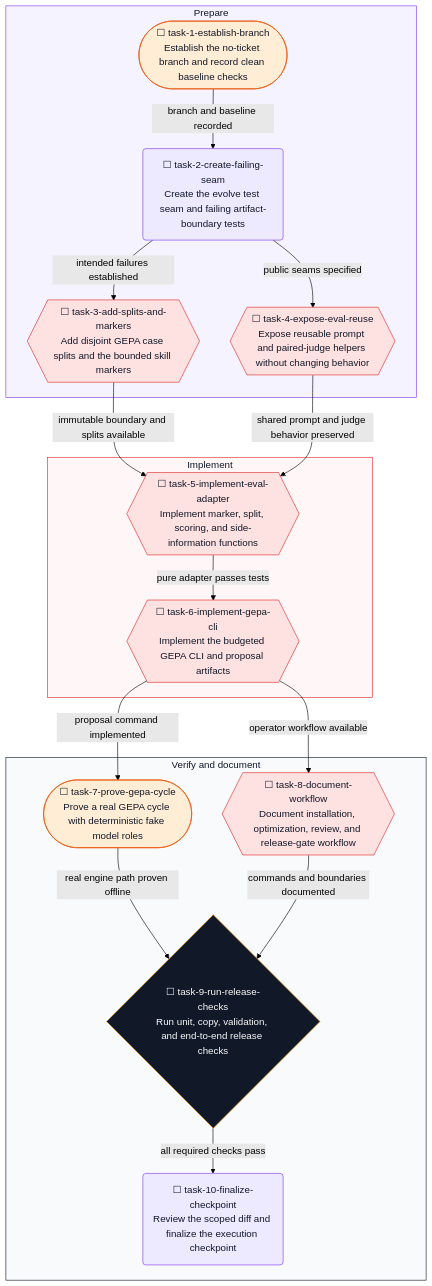
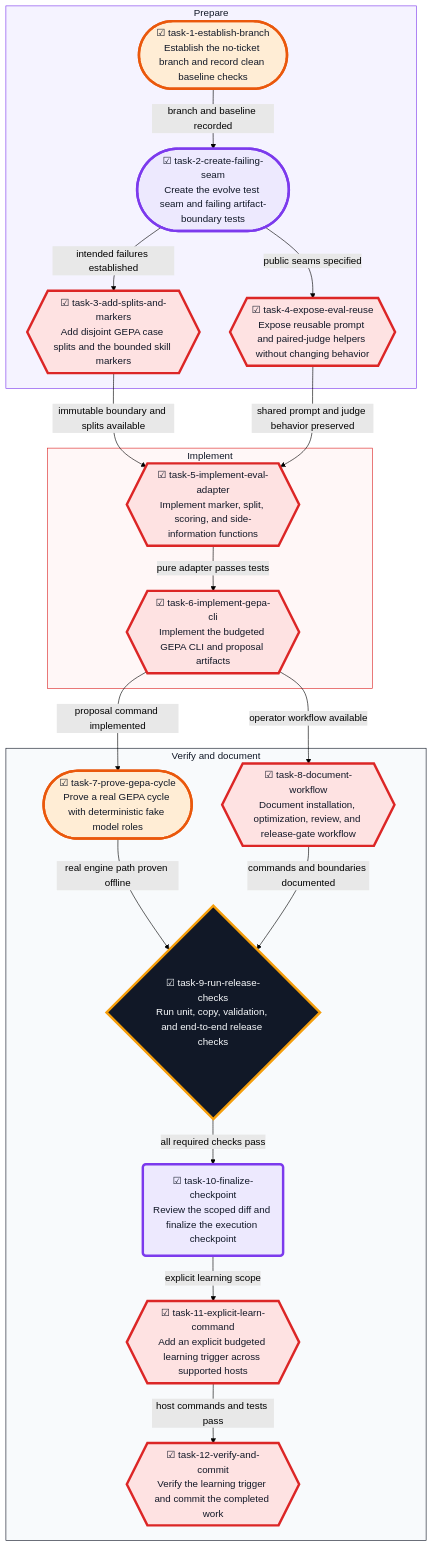
Before and after one commit to spencerthayer/adderall: the diagram in .agents/plans/2026-09-24_130727-gepa-self-improvement.plan.md, drawn with Mermaid (forest theme). The commit also changed other lines of this file and 26 other files, not shown here.

Commit message:
feat: add explicit GEPA learning trigger

````diff
--- a/.agents/plans/2026-09-24_130727-gepa-self-improvement.plan.md
+++ b/.agents/plans/2026-09-24_130727-gepa-self-improvement.plan.md
@@ -133,41 +143,59 @@
 ```mermaid
 flowchart TD
   subgraph prepare [Prepare]
-    task_1_establish_branch(["☐ task-1-establish-branch<br/>Establish the no-ticket branch and record clean baseline checks"])
-    task_2_create_failing_seam("☐ task-2-create-failing-seam<br/>Create the evolve test seam and failing artifact-boundary tests")
-    task_3_add_splits_and_markers{{"☐ task-3-add-splits-and-markers<br/>Add disjoint GEPA case splits and the bounded skill markers"}}
-    task_4_expose_eval_reuse{{"☐ task-4-expose-eval-reuse<br/>Expose reusable prompt and paired-judge helpers without changing behavior"}}
+    task_1_establish_branch(["☑ task-1-establish-branch<br/>Establish the no-ticket branch and record clean baseline checks"])
+    task_2_create_failing_seam(["☑ task-2-create-failing-seam<br/>Create the evolve test seam and failing artifact-boundary tests"])
+    task_3_add_splits_and_markers{{"☑ task-3-add-splits-and-markers<br/>Add disjoint GEPA case splits and the bounded skill markers"}}
+    task_4_expose_eval_reuse{{"☑ task-4-expose-eval-reuse<br/>Expose reusable prompt and paired-judge helpers without changing behavior"}}
   end
   subgraph implement [Implement]
-    task_5_implement_eval_adapter{{"☐ task-5-implement-eval-adapter<br/>Implement marker, split, scoring, and side-information functions"}}
-    task_6_implement_gepa_cli{{"☐ task-6-implement-gepa-cli<br/>Implement the budgeted GEPA CLI and proposal artifacts"}}
+    task_5_implement_eval_adapter{{"☑ task-5-implement-eval-adapter<br/>Implement marker, split, scoring, and side-information functions"}}
+    task_6_implement_gepa_cli{{"☑ task-6-implement-gepa-cli<br/>Implement the budgeted GEPA CLI and proposal artifacts"}}
   end
   subgraph verify [Verify and document]
-    task_7_prove_gepa_cycle(["☐ task-7-prove-gepa-cycle<br/>Prove a real GEPA cycle with deterministic fake model roles"])
-    task_8_document_workflow{{"☐ task-8-document-workflow<br/>Document installation, optimization, review, and release-gate workflow"}}
-    task_9_run_release_checks{"☐ task-9-run-release-checks<br/>Run unit, copy, validation, and end-to-end release checks"}
-    task_10_finalize_checkpoint("☐ task-10-finalize-checkpoint<br/>Review the scoped diff and finalize the execution checkpoint")
+    task_7_prove_gepa_cycle(["☑ task-7-prove-gepa-cycle<br/>Prove a real GEPA cycle with deterministic fake model roles"])
+    task_8_document_workflow{{"☑ task-8-document-workflow<br/>Document installation, optimization, review, and release-gate workflow"}}
+    task_9_run_release_checks{"☑ task-9-run-release-checks<br/>Run unit, copy, validation, and end-to-end release checks"}
+    task_10_finalize_checkpoint("☑ task-10-finalize-checkpoint<br/>Review the scoped diff and finalize the execution checkpoint")
+    task_11_explicit_learn_command{{"☑ task-11-explicit-learn-command<br/>Add an explicit budgeted learning trigger across supported hosts"}}
+    task_12_verify_and_commit{{"☑ task-12-verify-and-commit<br/>Verify the learning trigger and commit the completed work"}}
   end
   task_1_establish_branch -->|branch and baseline recorded| task_2_create_failing_seam
   task_2_create_failing_seam -->|intended failures established| task_3_add_splits_and_markers
   task_2_create_failing_seam -->|public seams specified| task_4_expose_eval_reuse
   task_3_add_splits_and_markers -->|immutable boundary and splits available| task_5_implement_eval_adapter
   task_4_expose_eval_reuse -->|shared prompt and judge behavior preserved| task_5_implement_eval_adapter
   task_5_implement_eval_adapter -->|pure adapter passes tests| task_6_implement_gepa_cli
   task_6_implement_gepa_cli -->|proposal command implemented| task_7_prove_gepa_cycle
   task_6_implement_gepa_cli -->|operator workflow available| task_8_document_workflow
   task_7_prove_gepa_cycle -->|real engine path proven offline| task_9_run_release_checks
   task_8_document_workflow -->|commands and boundaries documented| task_9_run_release_checks
   task_9_run_release_checks -->|all required checks pass| task_10_finalize_checkpoint
+  task_10_finalize_checkpoint -->|explicit learning scope| task_11_explicit_learn_command
+  task_11_explicit_learn_command -->|host commands and tests pass| task_12_verify_and_commit
   classDef evidence fill:#ede9fe,stroke:#7c3aed,color:#111827
   classDef data fill:#fee2e2,stroke:#dc2626,color:#111827
   classDef runtime fill:#ffedd5,stroke:#ea580c,color:#111827
   classDef gate fill:#111827,stroke:#f59e0b,color:#f8fafc
   class task_1_establish_branch,task_7_prove_gepa_cycle runtime
   class task_2_create_failing_seam,task_10_finalize_checkpoint evidence
   class task_3_add_splits_and_markers,task_4_expose_eval_reuse,task_5_implement_eval_adapter,task_6_implement_gepa_cli,task_8_document_workflow data
+  class task_11_explicit_learn_command,task_12_verify_and_commit data
   class task_9_run_release_checks gate
+  style task_1_establish_branch stroke-width:4px
+  style task_2_create_failing_seam stroke-width:4px
+  style task_3_add_splits_and_markers stroke-width:4px
+  style task_4_expose_eval_reuse stroke-width:4px
+  style task_5_implement_eval_adapter stroke-width:4px
+  style task_6_implement_gepa_cli stroke-width:4px
+  style task_7_prove_gepa_cycle stroke-width:4px
+  style task_8_document_workflow stroke-width:4px
+  style task_9_run_release_checks stroke-width:4px
+  style task_10_finalize_checkpoint stroke-width:4px
+  style task_11_explicit_learn_command stroke-width:4px
+  style task_12_verify_and_commit stroke-width:4px
   style prepare fill:#f5f3ff,stroke:#7c3aed,color:#111827
   style implement fill:#fff7f7,stroke:#dc2626,color:#111827
   style verify fill:#f8fafc,stroke:#111827,color:#111827
+  style task_12_verify_and_commit stroke-width:4px
 ```
````
